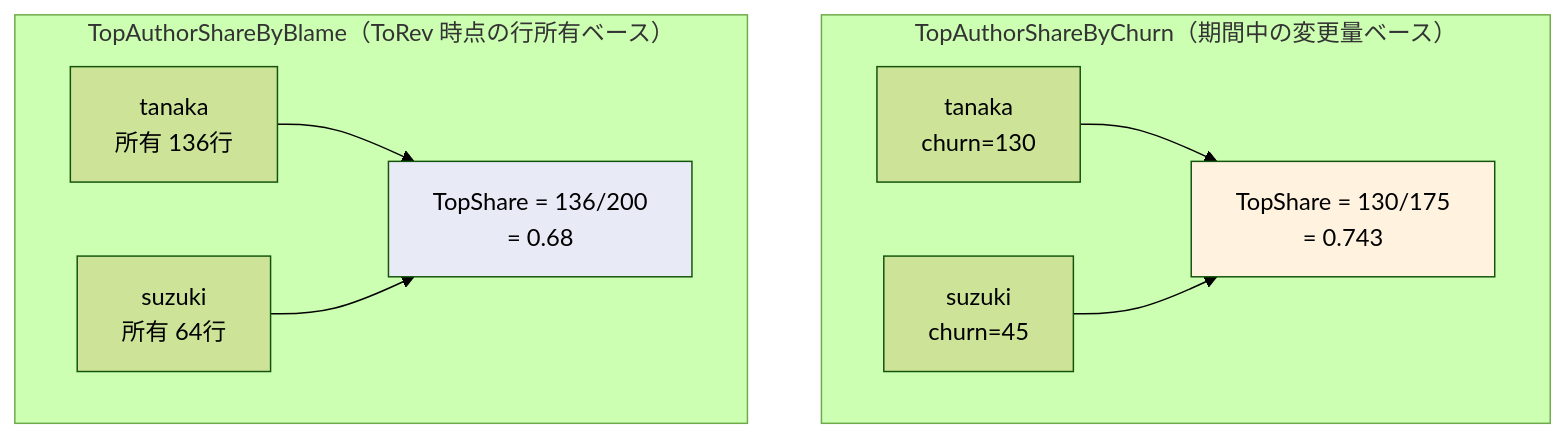
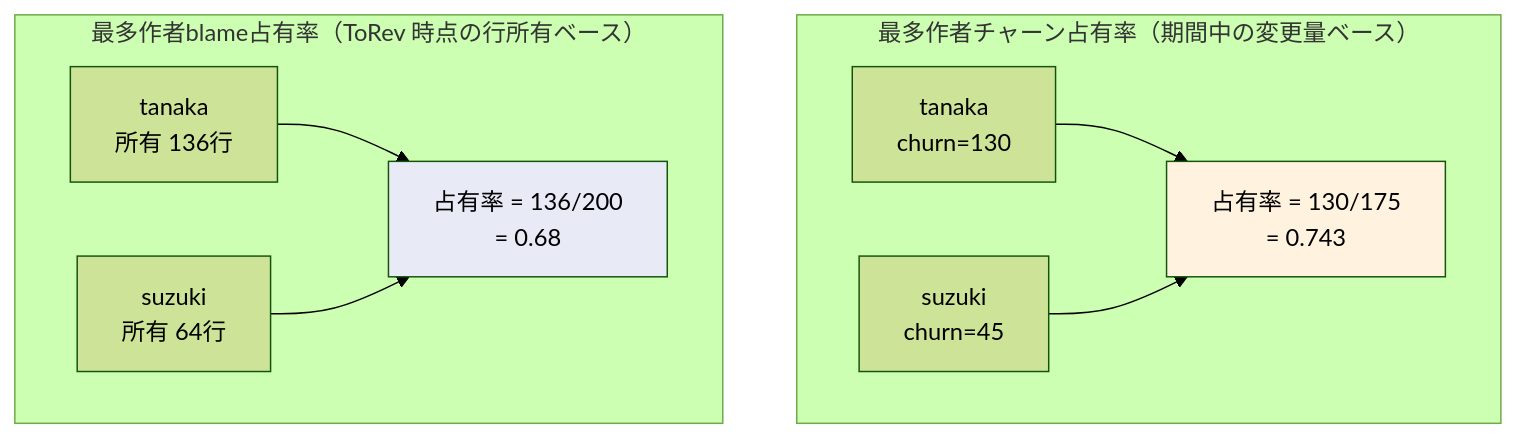
One commit to horiyamayoh/NarutoCode changed diagram 11 of 15 in docs/metrics_guide.md. Above: the diagram before and after it, drawn with Mermaid (forest theme). The commit also changed other lines of this file and 4 other files, not shown here.

````diff
--- a/docs/metrics_guide.md
+++ b/docs/metrics_guide.md
@@ -440,23 +440,23 @@
 ```mermaid
 flowchart TB
-    subgraph BY_CHURN["TopAuthorShareByChurn（期間中の変更量ベース）"]
+    subgraph BY_CHURN["最多作者チャーン占有率（期間中の変更量ベース）"]
         direction LR
         CH_T["tanaka\nchurn=130"]
         CH_S["suzuki\nchurn=45"]
-        CH_RESULT["TopShare = 130/175\n= 0.743"]
+        CH_RESULT["占有率 = 130/175\n= 0.743"]
         CH_T --> CH_RESULT
         CH_S --> CH_RESULT
     end
 
-    subgraph BY_BLAME["TopAuthorShareByBlame（ToRev 時点の行所有ベース）"]
+    subgraph BY_BLAME["最多作者blame占有率（ToRev 時点の行所有ベース）"]
         direction LR
         BL_T["tanaka\n所有 136行"]
         BL_S["suzuki\n所有 64行"]
-        BL_RESULT["TopShare = 136/200\n= 0.68"]
+        BL_RESULT["占有率 = 136/200\n= 0.68"]
         BL_T --> BL_RESULT
         BL_S --> BL_RESULT
     end
 
     style CH_RESULT fill:#fff3e0,color:#000
     style BL_RESULT fill:#e8eaf6,color:#000
 ```
````
